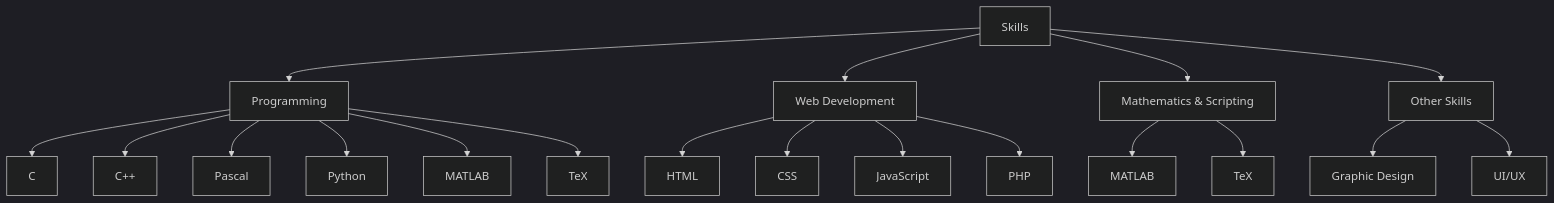
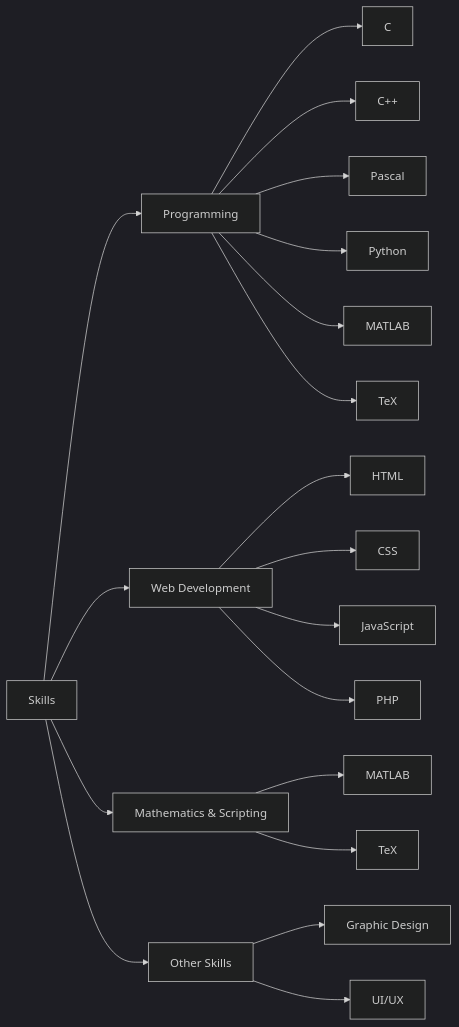
Before and after one commit to Esmaeilzadeh1/Esmaeilzadeh1: the diagram in README.md, drawn with Mermaid (dark theme). The commit also changed other lines of this file, not shown here.

````diff
--- a/README.md
+++ b/README.md
@@ -145,25 +176,21 @@
-```mermaid
-graph TD;
-    A[Skills] --> B[Programming];
-    A --> C[Web Development];
-    A --> D[Mathematics & Scripting];
-    A --> E[Other Skills];
-    
-    B --> B1[C];
-    B --> B2[C++];
-    B --> B3[Pascal];
-    B --> B4[Python];
-    B --> B5[MATLAB];
-    B --> B6[TeX];
-    
-    C --> C1[HTML];
-    C --> C2[CSS];
-    C --> C3[JavaScript];
-    C --> C4[PHP];
-    
-    D --> D1[MATLAB];
-    D --> D2[TeX];
-    
-    E --> E1[Graphic Design];
-    E --> E2[UI/UX];
-```
+  ```mermaid
+  graph LR;
+      A[Skills] --> B[Programming];
+      A --> C[Web Development];
+      A --> D[Mathematics & Scripting];
+      A --> E[Other Skills];
+      B --> B1[C];
+      B --> B2[C++];
+      B --> B3[Pascal];
+      B --> B4[Python];
+      B --> B5[MATLAB];
+      B --> B6[TeX];
+      C --> C1[HTML];
+      C --> C2[CSS];
+      C --> C3[JavaScript];
+      C --> C4[PHP];
+      D --> D1[MATLAB];
+      D --> D2[TeX];
+      E --> E1[Graphic Design];
+      E --> E2[UI/UX];
+  ```
````
